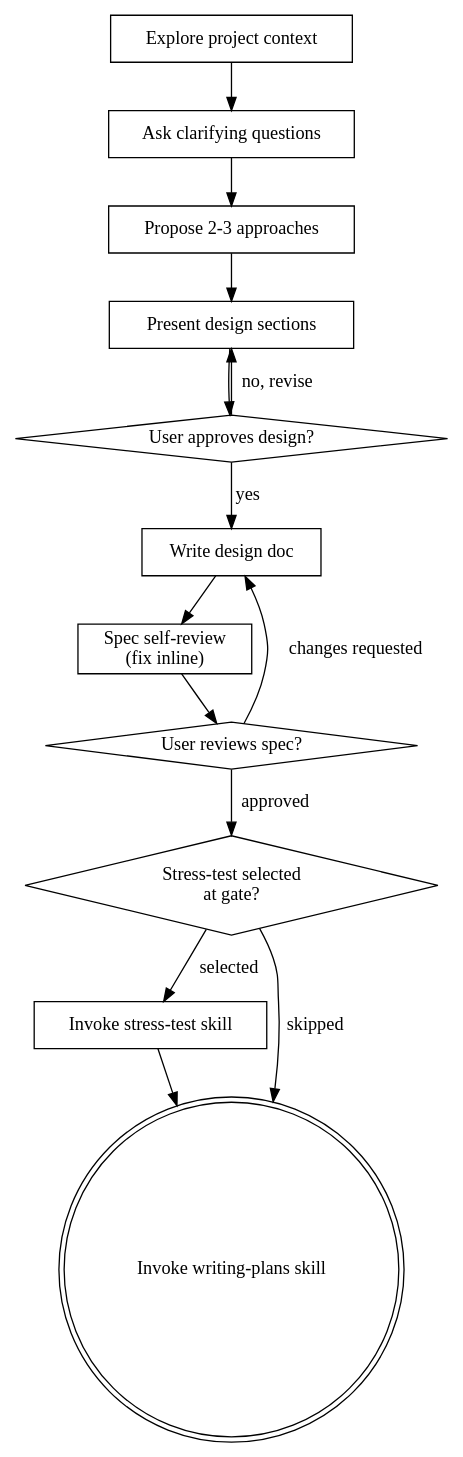
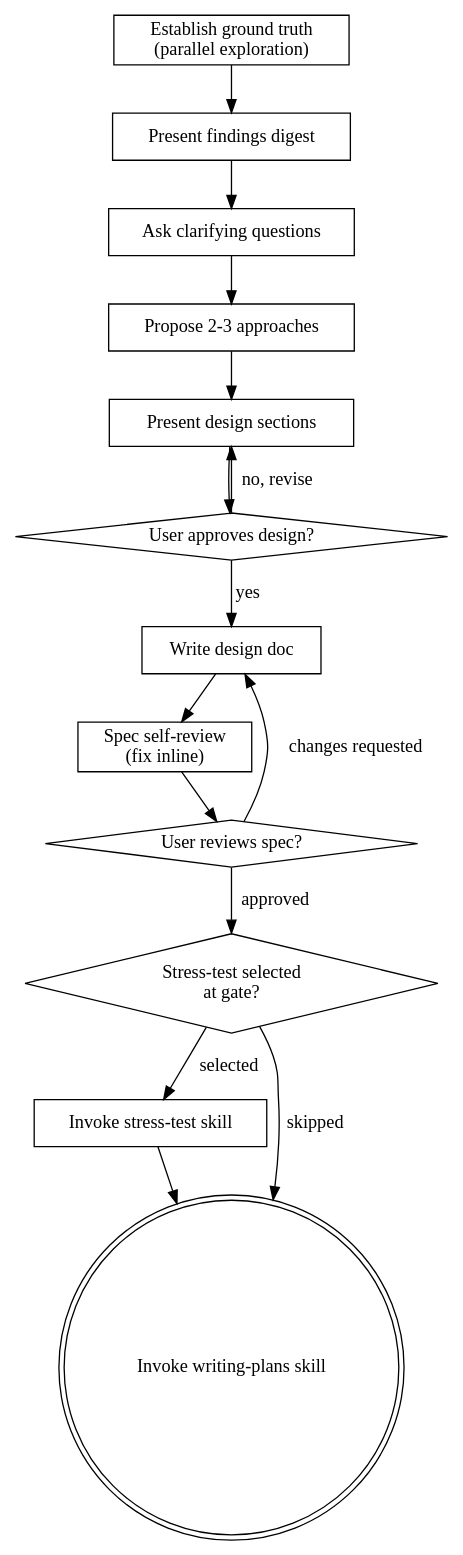
Before and after one commit to the-inconvenience-store/superbeads: the diagram in skills/brainstorming/SKILL.md, drawn with Graphviz. The commit also changed other lines of this file and 1 other file, not shown here.

````diff
--- a/skills/brainstorming/SKILL.md
+++ b/skills/brainstorming/SKILL.md
@@ -41,29 +80,31 @@
 ```dot
 digraph brainstorming {
-    "Explore project context" [shape=box];
+    "Establish ground truth\n(parallel exploration)" [shape=box];
+    "Present findings digest" [shape=box];
     "Ask clarifying questions" [shape=box];
     "Propose 2-3 approaches" [shape=box];
     "Present design sections" [shape=box];
     "User approves design?" [shape=diamond];
     "Write design doc" [shape=box];
     "Spec self-review\n(fix inline)" [shape=box];
     "User reviews spec?" [shape=diamond];
     "Stress-test selected\nat gate?" [shape=diamond];
     "Invoke stress-test skill" [shape=box];
     "Invoke writing-plans skill" [shape=doublecircle];
 
-    "Explore project context" -> "Ask clarifying questions";
+    "Establish ground truth\n(parallel exploration)" -> "Present findings digest";
+    "Present findings digest" -> "Ask clarifying questions";
     "Ask clarifying questions" -> "Propose 2-3 approaches";
     "Propose 2-3 approaches" -> "Present design sections";
     "Present design sections" -> "User approves design?";
     "User approves design?" -> "Present design sections" [label="no, revise"];
     "User approves design?" -> "Write design doc" [label="yes"];
     "Write design doc" -> "Spec self-review\n(fix inline)";
     "Spec self-review\n(fix inline)" -> "User reviews spec?";
     "User reviews spec?" -> "Write design doc" [label="changes requested"];
     "User reviews spec?" -> "Stress-test selected\nat gate?" [label="approved"];
     "Stress-test selected\nat gate?" -> "Invoke stress-test skill" [label="selected"];
     "Stress-test selected\nat gate?" -> "Invoke writing-plans skill" [label="skipped"];
     "Invoke stress-test skill" -> "Invoke writing-plans skill";
 }
 ```
````
